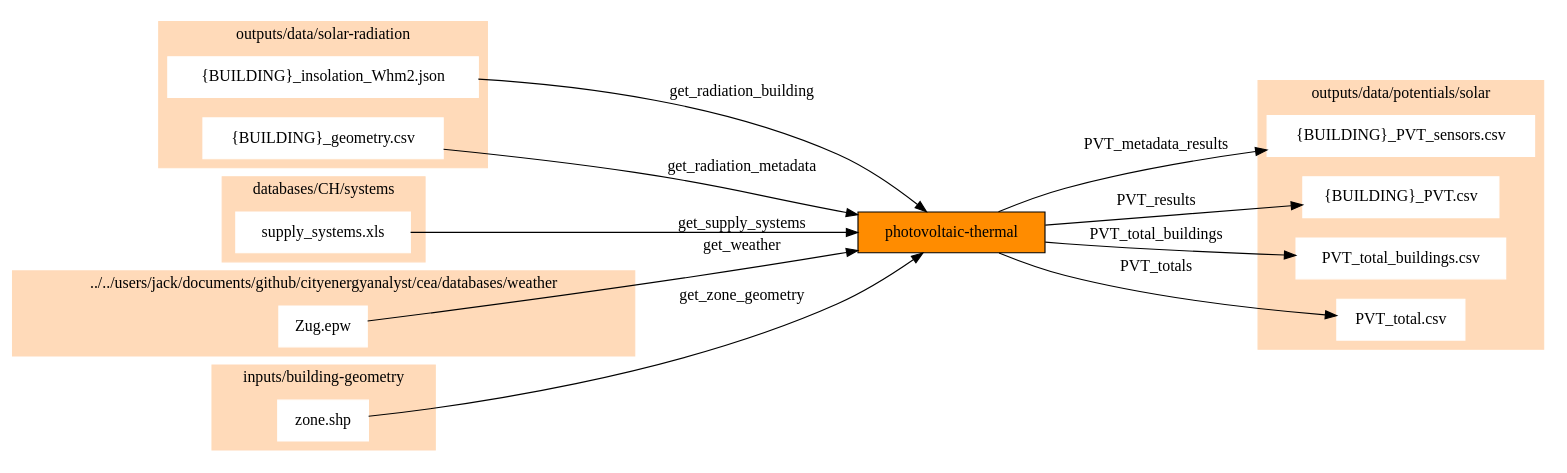
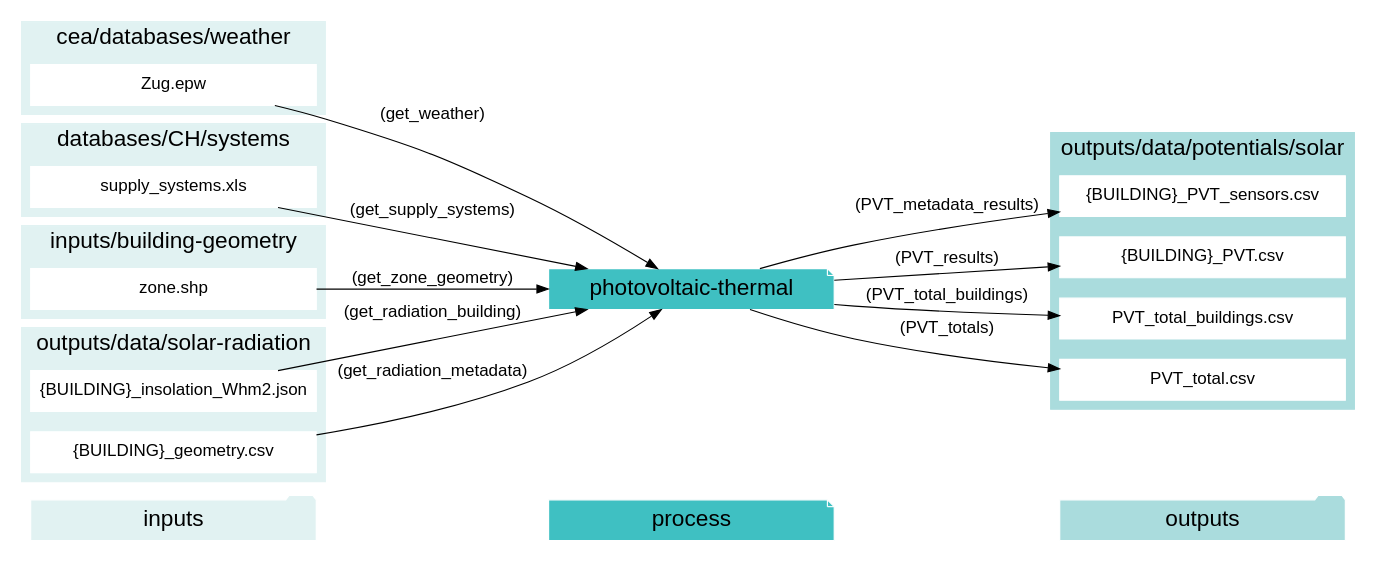
The diagram in docs/script_dependencies/photovoltaic-thermal.gv (architecture-building-systems/CityEnergyAnalyst), drawn with Graphviz before and after one commit. The commit also changed 20 other files, not shown here.

```diff
--- a/docs/script_dependencies/photovoltaic-thermal.gv
+++ b/docs/script_dependencies/photovoltaic-thermal.gv
@@ -1,49 +1,70 @@
 digraph trace_inputlocator {
     rankdir="LR";
-    node [shape=box];
-    graph [overlap = false];
-    "photovoltaic-thermal"[style=filled, fillcolor=darkorange];
-    "{BUILDING}_insolation_Whm2.json" -> "photovoltaic-thermal"[label="get_radiation_building"]
-    "{BUILDING}_geometry.csv" -> "photovoltaic-thermal"[label="get_radiation_metadata"]
-    "supply_systems.xls" -> "photovoltaic-thermal"[label="get_supply_systems"]
-    "Zug.epw" -> "photovoltaic-thermal"[label="get_weather"]
-    "zone.shp" -> "photovoltaic-thermal"[label="get_zone_geometry"]
-    "photovoltaic-thermal" -> "{BUILDING}_PVT_sensors.csv"[label="PVT_metadata_results"]
-    "photovoltaic-thermal" -> "{BUILDING}_PVT.csv"[label="PVT_results"]
-    "photovoltaic-thermal" -> "PVT_total_buildings.csv"[label="PVT_total_buildings"]
-    "photovoltaic-thermal" -> "PVT_total.csv"[label="PVT_totals"]
-    subgraph cluster_0 {
+    graph [overlap=false, fontname=arial];
+    node [shape=box, style=filled, color=white, fontsize=15, fontname=arial, fixedsize=true, width=3.503];
+    edge [fontname=arial, fontsize = 15]
+    newrank=true
+    subgraph cluster_legend {
+    fontsize=25
+    style=invis
+    "process"[style=filled, fillcolor="#3FC0C2", shape=note, fontsize=20, fontname="arial"]
+    "inputs" [style=filled, shape=folder, color=white, fillcolor="#E1F2F2", fontsize=20]
+    "outputs"[style=filled, shape=folder, color=white, fillcolor="#aadcdd", fontsize=20]
+    "inputs"->"process"[style=invis]
+    "process"->"outputs"[style=invis]
+    }
+    "photovoltaic-thermal"[style=filled, color=white, fillcolor="#3FC0C2", shape=note, fontsize=20, fontname=arial];
+    subgraph cluster_0_in {
         style = filled;
-        color = peachpuff;
-        label="../../users/jack/documents/github/cityenergyanalyst/cea/databases/weather";
-    "Zug.epw"[style=filled, color=white]
+        color = "#E1F2F2";
+        fontsize = 20;
+        rank=same;
+        label="cea/databases/weather";
+        "Zug.epw"
     }
-    subgraph cluster_1 {
+    subgraph cluster_1_in {
         style = filled;
-        color = peachpuff;
+        color = "#E1F2F2";
+        fontsize = 20;
+        rank=same;
         label="databases/CH/systems";
-    "supply_systems.xls"[style=filled, color=white]
+        "supply_systems.xls"
     }
-    subgraph cluster_2 {
+    subgraph cluster_2_in {
         style = filled;
-        color = peachpuff;
+        color = "#E1F2F2";
+        fontsize = 20;
+        rank=same;
         label="inputs/building-geometry";
-    "zone.shp"[style=filled, color=white]
+        "zone.shp"
     }
-    subgraph cluster_3 {
+    subgraph cluster_3_out {
         style = filled;
-        color = peachpuff;
+        color = "#aadcdd";
+        fontsize = 20;
+        rank=same;
         label="outputs/data/potentials/solar";
-    "{BUILDING}_PVT_sensors.csv"[style=filled, color=white]
-    "{BUILDING}_PVT.csv"[style=filled, color=white]
-    "PVT_total_buildings.csv"[style=filled, color=white]
-    "PVT_total.csv"[style=filled, color=white]
+        "{BUILDING}_PVT_sensors.csv"
+        "{BUILDING}_PVT.csv"
+        "PVT_total_buildings.csv"
+        "PVT_total.csv"
     }
-    subgraph cluster_4 {
+    subgraph cluster_4_in {
         style = filled;
-        color = peachpuff;
+        color = "#E1F2F2";
+        fontsize = 20;
+        rank=same;
         label="outputs/data/solar-radiation";
-    "{BUILDING}_insolation_Whm2.json"[style=filled, color=white]
-    "{BUILDING}_geometry.csv"[style=filled, color=white]
+        "{BUILDING}_insolation_Whm2.json"
+        "{BUILDING}_geometry.csv"
     }
-    }
+    "{BUILDING}_insolation_Whm2.json" -> "photovoltaic-thermal"[label="(get_radiation_building)"]
+    "{BUILDING}_geometry.csv" -> "photovoltaic-thermal"[label="(get_radiation_metadata)"]
+    "supply_systems.xls" -> "photovoltaic-thermal"[label="(get_supply_systems)"]
+    "Zug.epw" -> "photovoltaic-thermal"[label="(get_weather)"]
+    "zone.shp" -> "photovoltaic-thermal"[label="(get_zone_geometry)"]
+    "photovoltaic-thermal" -> "{BUILDING}_PVT_sensors.csv"[label="(PVT_metadata_results)"]
+    "photovoltaic-thermal" -> "{BUILDING}_PVT.csv"[label="(PVT_results)"]
+    "photovoltaic-thermal" -> "PVT_total_buildings.csv"[label="(PVT_total_buildings)"]
+    "photovoltaic-thermal" -> "PVT_total.csv"[label="(PVT_totals)"]
+}
```
